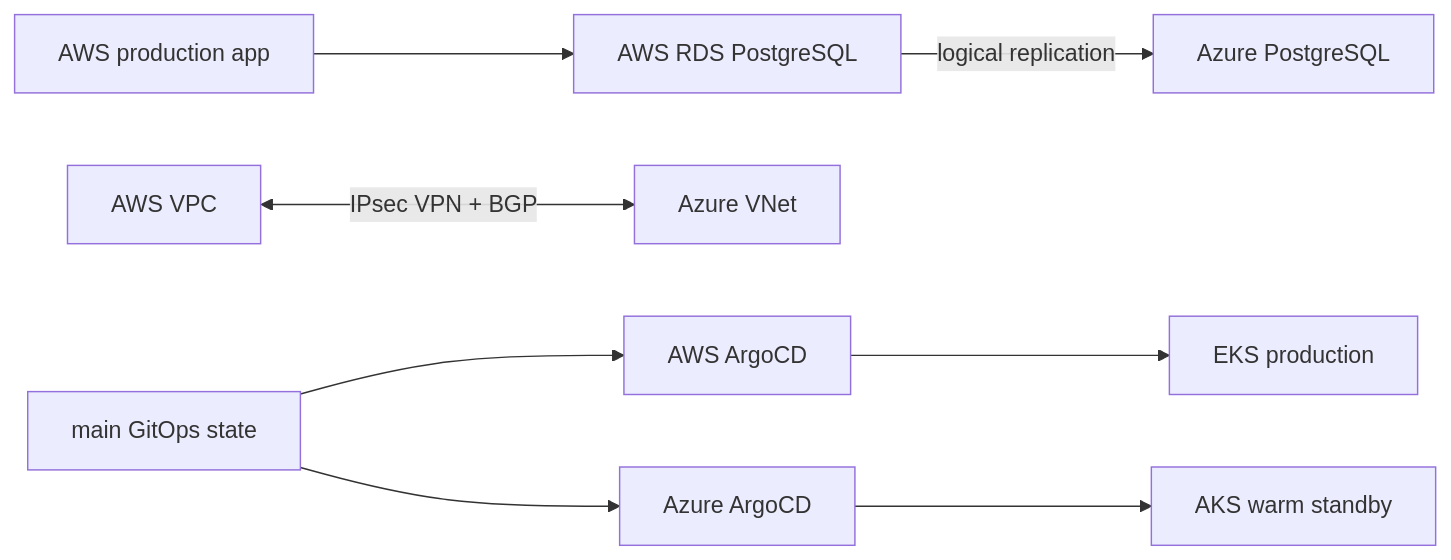
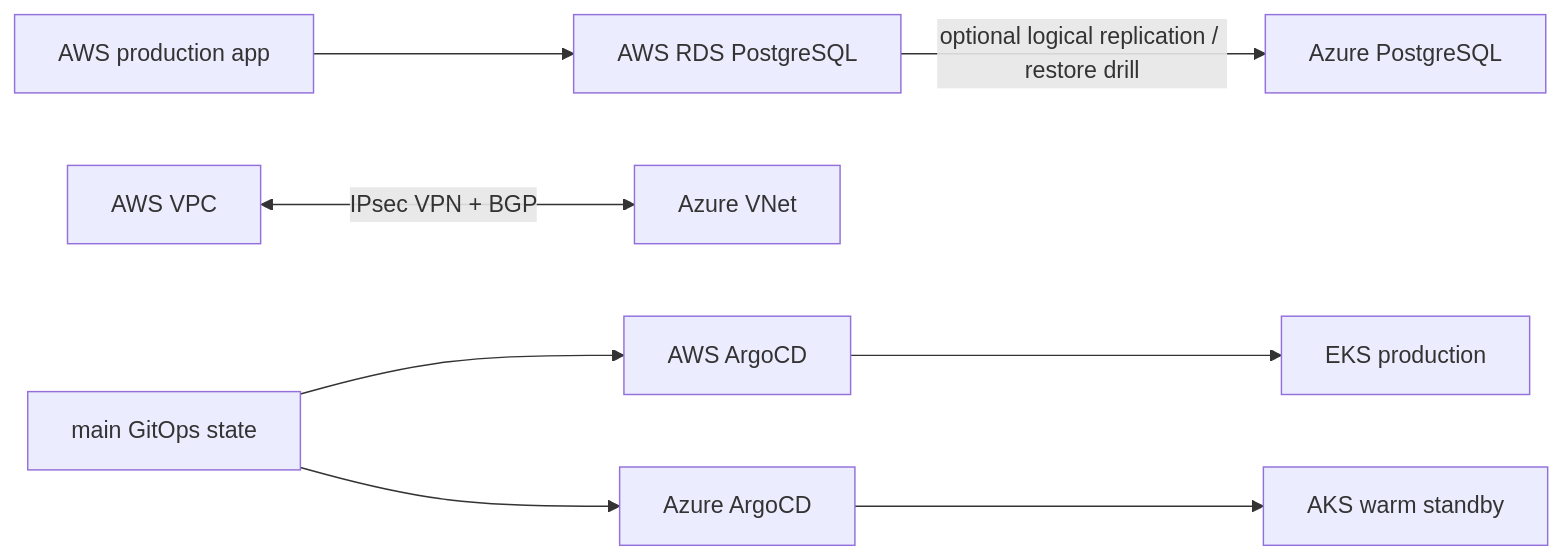
The fourth of 4 diagrams in docs/teacher-aligned-architecture.md (erotonin/openstack-devsecops-voting), drawn with Mermaid before and after one commit. The commit also changed other lines of this file and 15 other files, not shown here.

First line of the commit message:
docs: split conceptual architecture and demo guidance (#75)

````diff
--- a/docs/teacher-aligned-architecture.md
+++ b/docs/teacher-aligned-architecture.md
@@ -195,10 +195,10 @@
 ```mermaid
 flowchart LR
   AWSApp["AWS production app"] --> RDS["AWS RDS PostgreSQL"]
-  RDS -->|"logical replication"| AzurePG["Azure PostgreSQL"]
+  RDS -->|"optional logical replication / restore drill"| AzurePG["Azure PostgreSQL"]
   AWSNet["AWS VPC"] <-->|"IPsec VPN + BGP"| AzureNet["Azure VNet"]
   MainGit["main GitOps state"] --> AWSArgo["AWS ArgoCD"]
   MainGit --> AzureArgo["Azure ArgoCD"]
   AWSArgo --> EKSProd["EKS production"]
   AzureArgo --> AKSStandby["AKS warm standby"]
 ```
````
